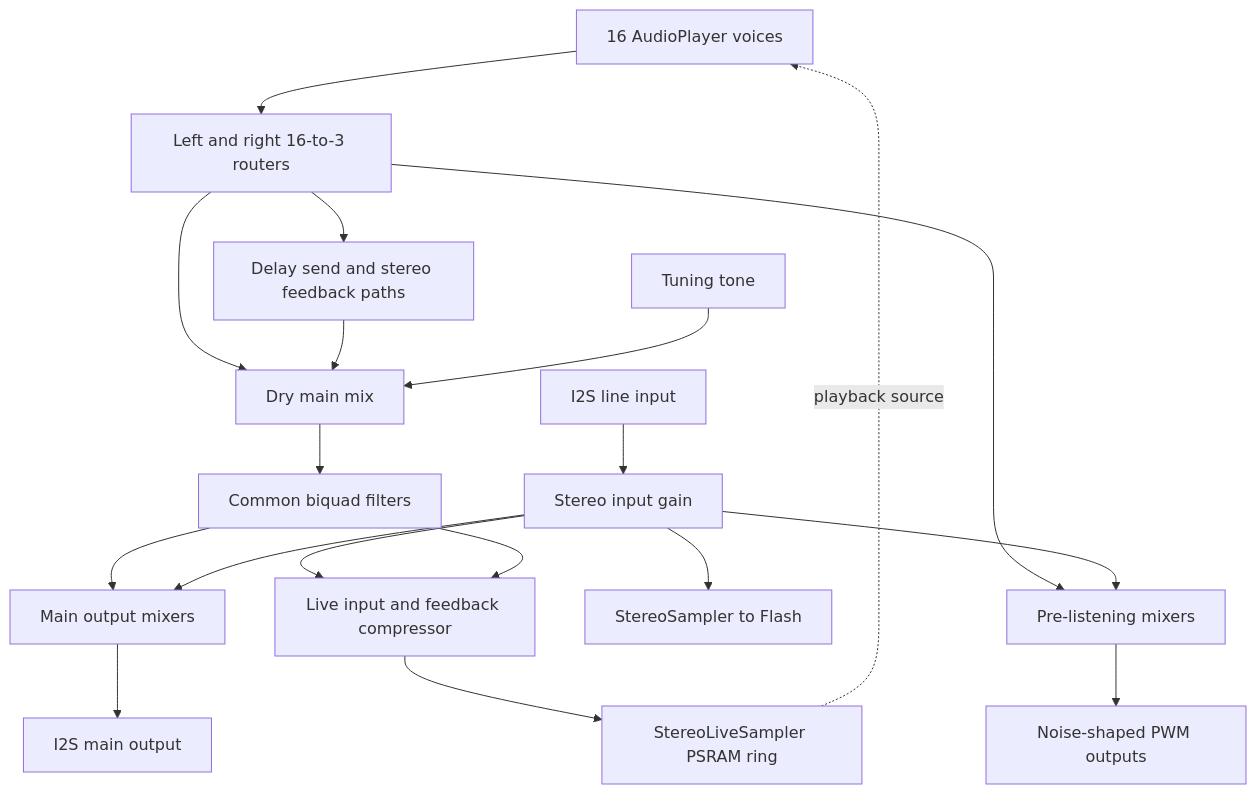
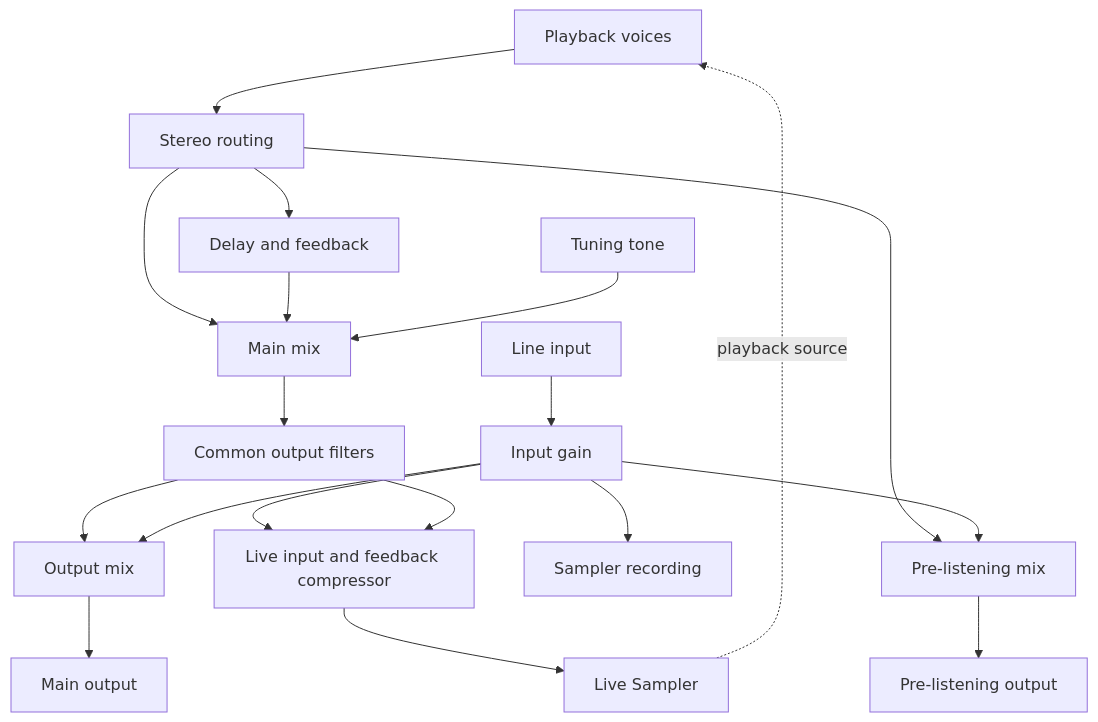
The first of 3 diagrams in FIRMWARE_ARCHITECTURE.md (SandroGrassia/Lilla_Audio_Sampler), drawn with Mermaid before and after one commit. The commit also changed other lines of this file and 1 other file, not shown here.

Commit message:
Simplify firmware architecture overview and separate implementation notes

````diff
--- a/FIRMWARE_ARCHITECTURE.md
+++ b/FIRMWARE_ARCHITECTURE.md
@@ -85,21 +62,21 @@
 ```mermaid
 flowchart TD
-    Voices[16 AudioPlayer voices] --> Routers[Left and right 16-to-3 routers]
-    Routers --> Delay[Delay send and stereo feedback paths]
-    Routers --> Dry[Dry main mix]
+    Voices[Playback voices] --> Routers[Stereo routing]
+    Routers --> Delay[Delay and feedback]
+    Routers --> Dry[Main mix]
     Delay --> Dry
     Tone[Tuning tone] --> Dry
-    Dry --> Filter[Common biquad filters]
-    Filter --> Main[Main output mixers]
-    Input[I2S line input] --> Gain[Stereo input gain]
+    Dry --> Filter[Common output filters]
+    Filter --> Main[Output mix]
+    Input[Line input] --> Gain[Input gain]
     Gain --> Main
-    Main --> I2S[I2S main output]
-    Routers --> Monitor[Pre-listening mixers]
+    Main --> Output[Main output]
+    Routers --> Monitor[Pre-listening mix]
     Gain --> Monitor
-    Monitor --> PWM[Noise-shaped PWM outputs]
-    Gain --> Sampler[StereoSampler to Flash]
+    Monitor --> Phones[Pre-listening output]
+    Gain --> Sampler[Sampler recording]
     Gain --> Compressor[Live input and feedback compressor]
     Filter --> Compressor
-    Compressor --> Live[StereoLiveSampler PSRAM ring]
+    Compressor --> Live[Live Sampler]
     Live -. playback source .-> Voices
 ```
````
